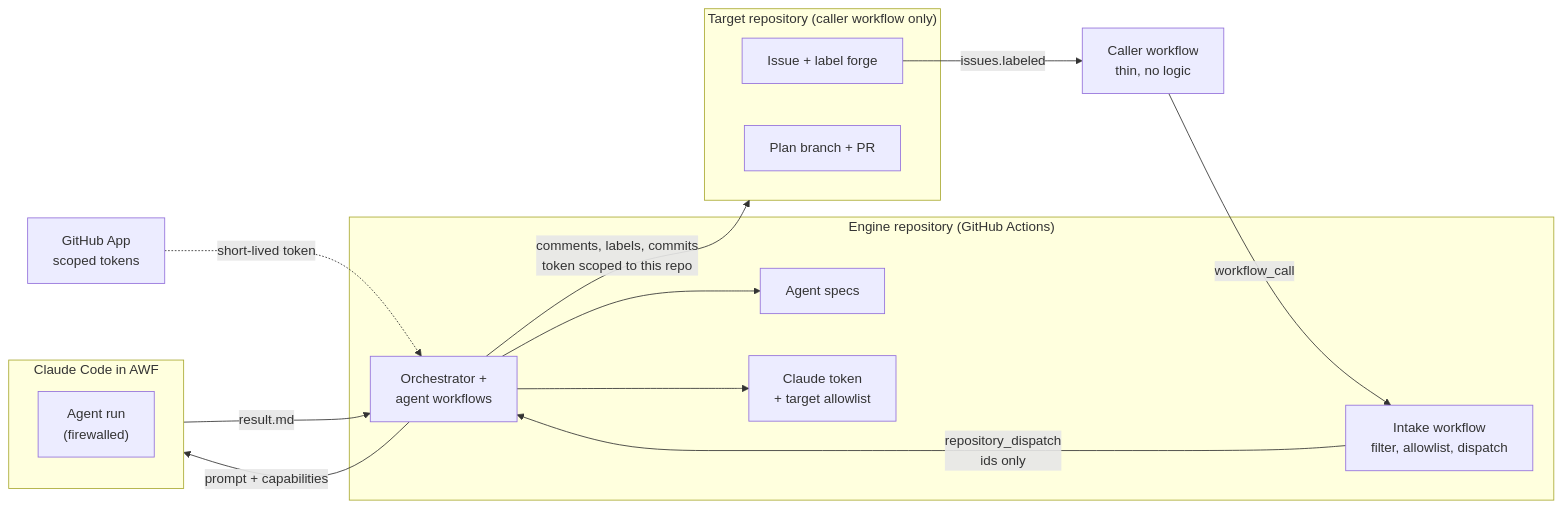
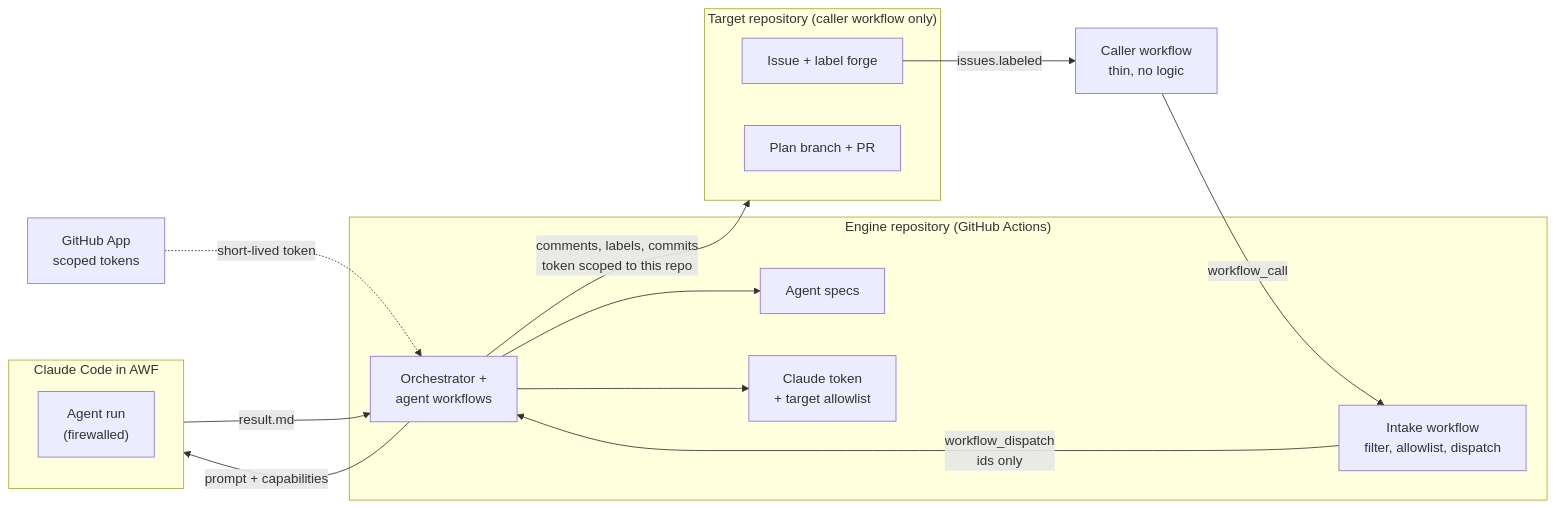
Before and after one commit to LuisiitoDev/agentic-forge: the first of 3 diagrams in README.md, drawn with Mermaid. The commit also changed other lines of this file and 16 other files, not shown here.

````diff
--- a/README.md
+++ b/README.md
@@ -22,31 +22,31 @@
 ```mermaid
 flowchart LR
     subgraph T["Target repository (caller workflow only)"]
         I["Issue + label forge"]
         PB["Plan branch + PR"]
     end
 
     CALLER["Caller workflow<br/>thin, no logic"]
     APP["GitHub App<br/>scoped tokens"]
 
     subgraph E["Engine repository (GitHub Actions)"]
         INTAKE["Intake workflow<br/>filter, allowlist, dispatch"]
         WF["Orchestrator +<br/>agent workflows"]
         SPEC["Agent specs"]
         SEC["Claude token<br/>+ target allowlist"]
     end
 
     subgraph R["Claude Code in AWF"]
         C["Agent run<br/>(firewalled)"]
     end
 
     I -- "issues.labeled" --> CALLER
     CALLER -- "workflow_call" --> INTAKE
-    INTAKE -- "repository_dispatch<br/>ids only" --> WF
+    INTAKE -- "workflow_dispatch<br/>ids only" --> WF
     APP -. "short-lived token" .-> WF
     WF --> SPEC
     WF --> SEC
     WF -- "prompt + capabilities" --> R
     R -- "result.md" --> WF
     WF -- "comments, labels, commits<br/>token scoped to this repo" --> T
 ```
````
